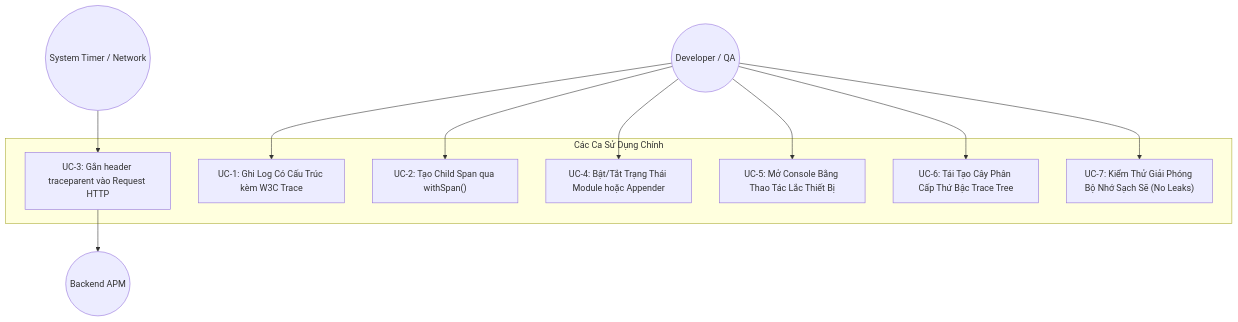
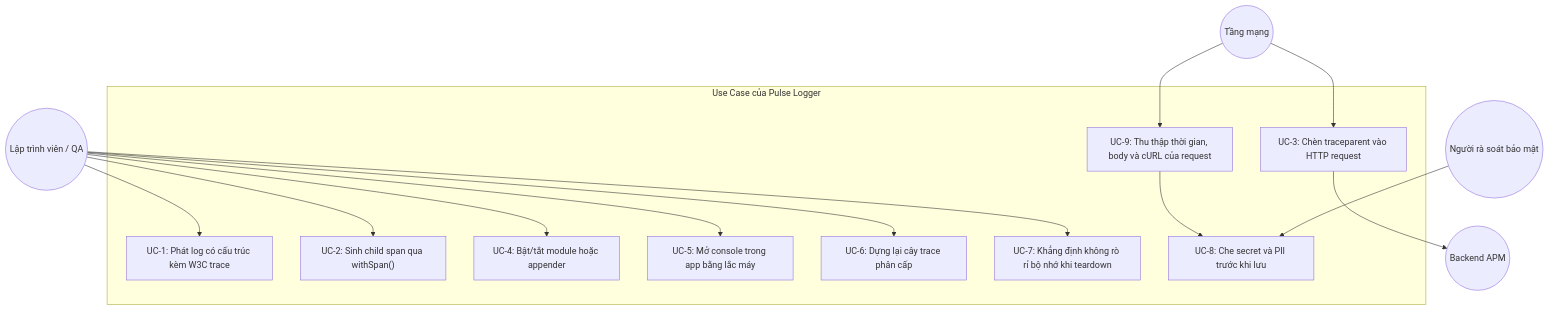
The second of 4 diagrams in .devtool/epic/pulse_logger/pulse_logger.vi.md (DanhDue/ios_digital_wallet), drawn with Mermaid before and after one commit. The commit also changed other lines of this file and 34 other files, not shown here.

First line of the commit message:
[PULSE_LOGGER] Revise epic design after Stage 2 codebase audit

````diff
--- a/.devtool/epic/pulse_logger/pulse_logger.vi.md
+++ b/.devtool/epic/pulse_logger/pulse_logger.vi.md
@@ -113,25 +171,25 @@
 ```mermaid
 flowchart TD
-    Developer((Developer / QA))
-    SystemTimer((System Timer / Network))
+    Developer((Lập trình viên / QA))
+    HTTPStack((Tầng mạng))
     BackendSvc((Backend APM))
+    SecAuditor((Người rà soát bảo mật))
 
-    subgraph UseCases["Các Ca Sử Dụng Chính"]
-        UC1["UC-1: Ghi Log Có Cấu Trúc kèm W3C Trace"]
-        UC2["UC-2: Tạo Child Span qua withSpan()"]
-        UC3["UC-3: Gắn header traceparent vào Request HTTP"]
-        UC4["UC-4: Bật/Tắt Trạng Thái Module hoặc Appender"]
-        UC5["UC-5: Mở Console Bằng Thao Tác Lắc Thiết Bị"]
-        UC6["UC-6: Tái Tạo Cây Phân Cấp Thứ Bậc Trace Tree"]
-        UC7["UC-7: Kiểm Thử Giải Phóng Bộ Nhớ Sạch Sẽ (No Leaks)"]
+    subgraph UseCases["Use Case của Pulse Logger"]
+        UC1["UC-1: Phát log có cấu trúc kèm W3C trace"]
+        UC2["UC-2: Sinh child span qua withSpan()"]
+        UC3["UC-3: Chèn traceparent vào HTTP request"]
+        UC4["UC-4: Bật/tắt module hoặc appender"]
+        UC5["UC-5: Mở console trong app bằng lắc máy"]
+        UC6["UC-6: Dựng lại cây trace phân cấp"]
+        UC7["UC-7: Khẳng định không rò rỉ bộ nhớ khi teardown"]
+        UC8["UC-8: Che secret và PII trước khi lưu"]
+        UC9["UC-9: Thu thập thời gian, body và cURL của request"]
     end
 
-    Developer --> UC1
-    Developer --> UC2
-    Developer --> UC4
-    Developer --> UC5
-    SystemTimer --> UC3
-    UC3 --> BackendSvc
-    Developer --> UC6
-    Developer --> UC7
+    Developer --> UC1 & UC2 & UC4 & UC5 & UC6 & UC7
+    HTTPStack --> UC3 --> BackendSvc
+    HTTPStack --> UC9
+    SecAuditor --> UC8
+    UC9 --> UC8
 ```
````
